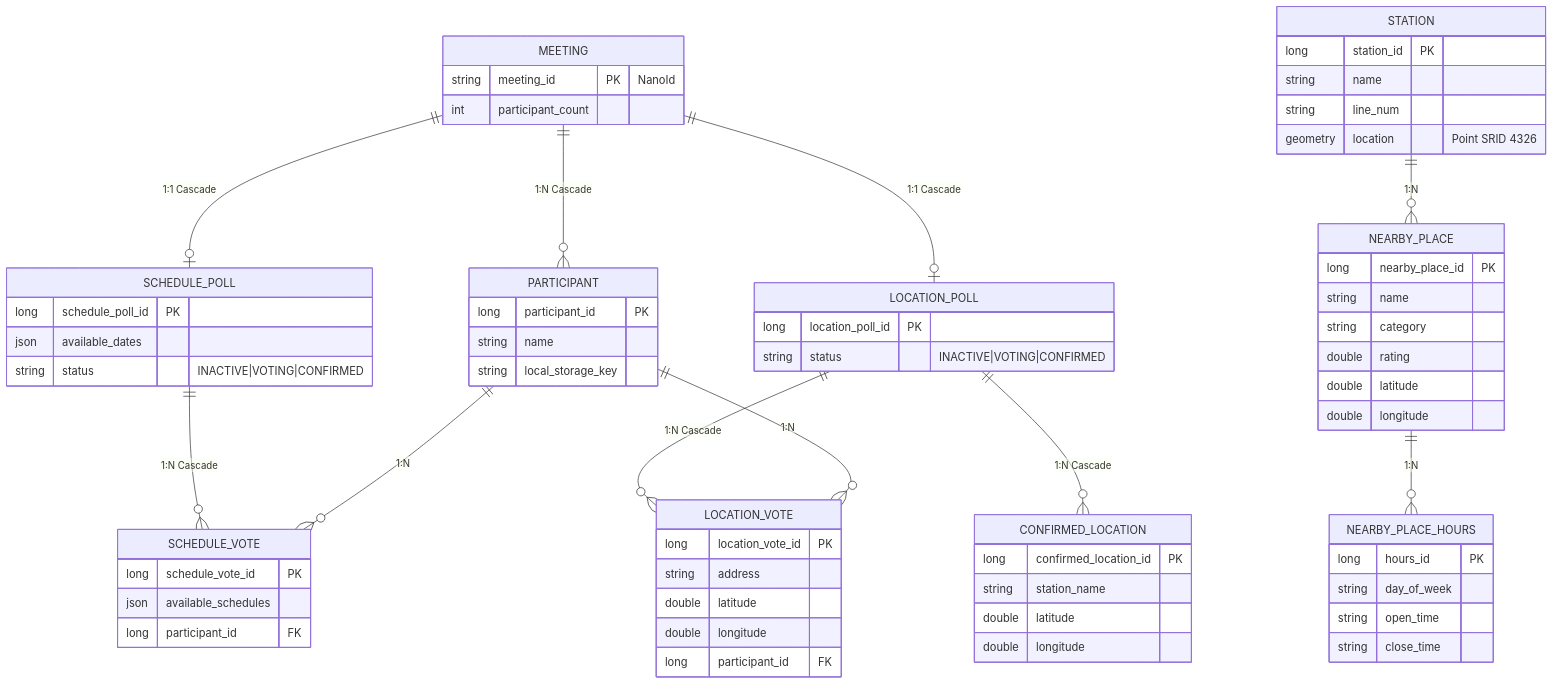
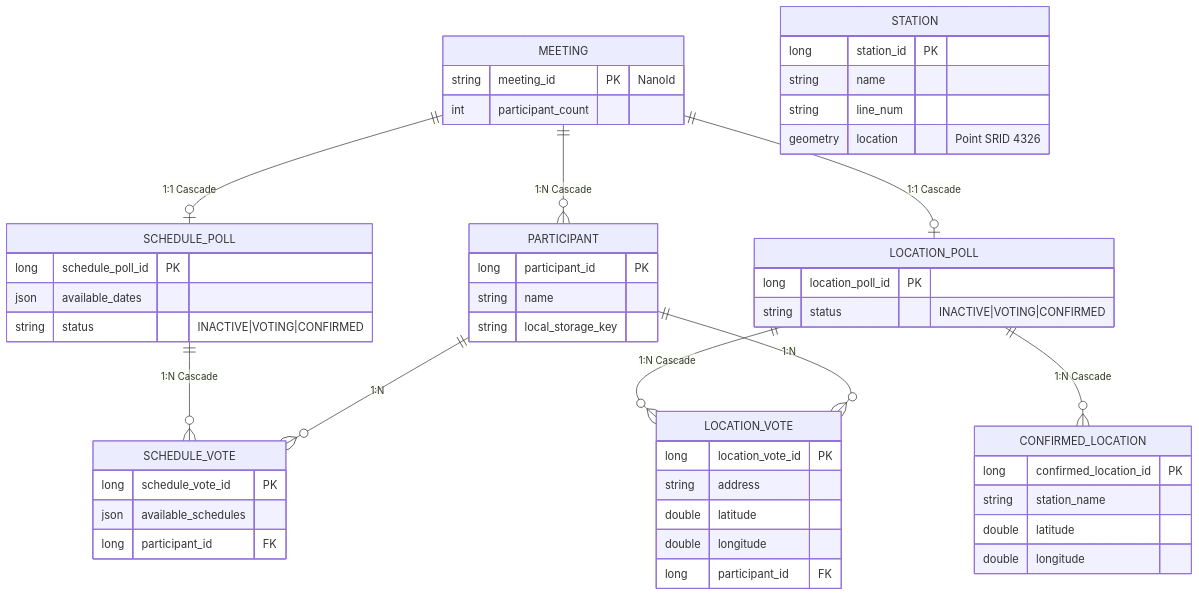
The third of 5 diagrams in README.md (dnd-side-project/dnd-14th-8-backend), drawn with Mermaid before and after one commit. The commit also changed other lines of this file and 19 other files, not shown here.

````diff
--- a/README.md
+++ b/README.md
@@ -149,70 +147,54 @@
 ```mermaid
 erDiagram
     MEETING ||--o| SCHEDULE_POLL : "1:1 Cascade"
     MEETING ||--o| LOCATION_POLL : "1:1 Cascade"
     MEETING ||--o{ PARTICIPANT : "1:N Cascade"
     SCHEDULE_POLL ||--o{ SCHEDULE_VOTE : "1:N Cascade"
     LOCATION_POLL ||--o{ LOCATION_VOTE : "1:N Cascade"
     LOCATION_POLL ||--o{ CONFIRMED_LOCATION : "1:N Cascade"
     PARTICIPANT ||--o{ SCHEDULE_VOTE : "1:N"
     PARTICIPANT ||--o{ LOCATION_VOTE : "1:N"
-    STATION ||--o{ NEARBY_PLACE : "1:N"
-    NEARBY_PLACE ||--o{ NEARBY_PLACE_HOURS : "1:N"
 
     MEETING {
         string meeting_id PK "NanoId"
         int participant_count
     }
     SCHEDULE_POLL {
         long schedule_poll_id PK
         json available_dates
         string status "INACTIVE|VOTING|CONFIRMED"
     }
     LOCATION_POLL {
         long location_poll_id PK
         string status "INACTIVE|VOTING|CONFIRMED"
     }
     PARTICIPANT {
         long participant_id PK
         string name
         string local_storage_key
     }
     SCHEDULE_VOTE {
         long schedule_vote_id PK
         json available_schedules
         long participant_id FK
     }
     LOCATION_VOTE {
         long location_vote_id PK
         string address
         double latitude
         double longitude
         long participant_id FK
     }
     CONFIRMED_LOCATION {
         long confirmed_location_id PK
         string station_name
         double latitude
         double longitude
     }
     STATION {
         long station_id PK
         string name
         string line_num
         geometry location "Point SRID 4326"
     }
-    NEARBY_PLACE {
-        long nearby_place_id PK
-        string name
-        string category
-        double rating
-        double latitude
-        double longitude
-    }
-    NEARBY_PLACE_HOURS {
-        long hours_id PK
-        string day_of_week
-        string open_time
-        string close_time
-    }
 ```
````
